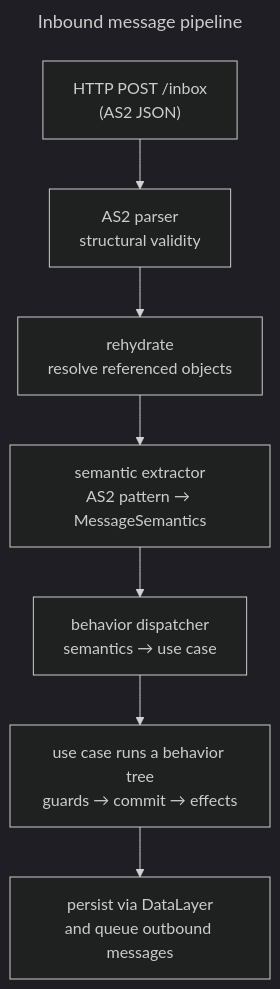
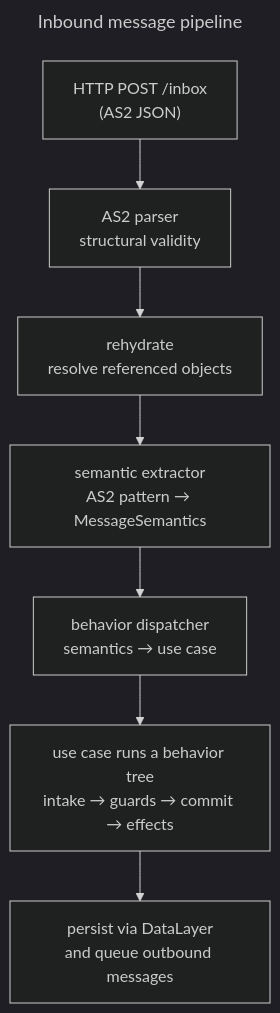
Before and after one commit to CERTCC/Vultron: the diagram in docs/topics/reference_architecture.md, drawn with Mermaid (dark theme). The commit also changed other lines of this file and 9 other files, not shown here.

````diff
--- a/docs/topics/reference_architecture.md
+++ b/docs/topics/reference_architecture.md
@@ -61,20 +61,20 @@
 ```mermaid
 ---
 title: Inbound message pipeline
 ---
 flowchart TD
     http["HTTP POST /inbox<br/>(AS2 JSON)"]
     parse["AS2 parser<br/>structural validity"]
     rehydrate["rehydrate<br/>resolve referenced objects"]
     extract["semantic extractor<br/>AS2 pattern → MessageSemantics"]
     dispatch["behavior dispatcher<br/>semantics → use case"]
-    bt["use case runs a behavior tree<br/>guards → commit → effects"]
+    bt["use case runs a behavior tree<br/>intake → guards → commit → effects"]
     persist["persist via DataLayer<br/>and queue outbound messages"]
 
     http --> parse
     parse --> rehydrate
     rehydrate --> extract
     extract --> dispatch
     dispatch --> bt
     bt --> persist
 ```
````
